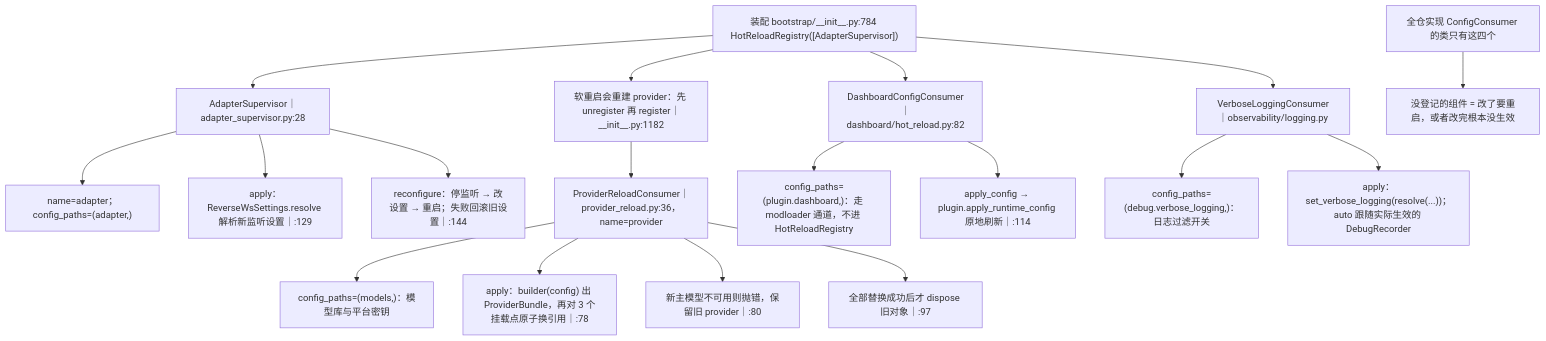
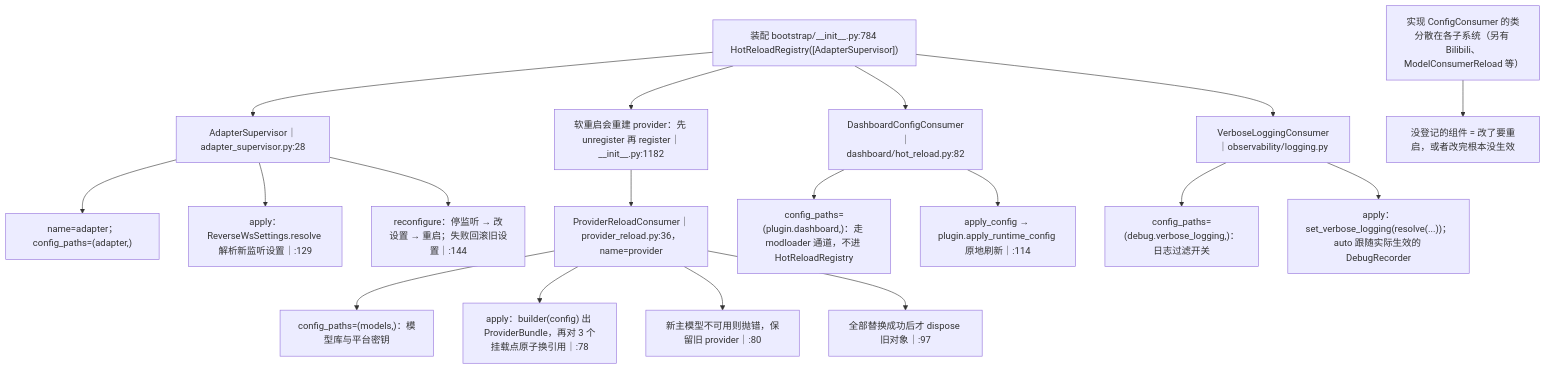
Before and after one commit to SuperQuail/NeoBot: the seventh of 12 diagrams in docs/flow/01b-config-system.md, drawn with Mermaid. The commit also changed 2 other files, not shown here.

Commit message:
test(logging): 清理热重载用例的全局规则并校正流程图引用
- registry 分发用例把规则写进全局分类表，结束后 unregister_rule，避免污染后续用例
- 01b 不再声称全仓只有四个 ConfigConsumer
- 05 的 runtime_events / self-heal sink 行号改为当前定义位置

````diff
--- a/docs/flow/01b-config-system.md
+++ b/docs/flow/01b-config-system.md
@@ -265,20 +265,20 @@
 ```mermaid
 flowchart TD
     A["装配 bootstrap/__init__.py:784 HotReloadRegistry([AdapterSupervisor])"] --> B["AdapterSupervisor｜adapter_supervisor.py:28"]
     B --> B1["name=adapter；config_paths=(adapter,)"]
     B --> B2["apply：ReverseWsSettings.resolve 解析新监听设置｜:129"]
     B --> B3["reconfigure：停监听 → 改设置 → 重启；失败回滚旧设置｜:144"]
     A --> C["软重启会重建 provider：先 unregister 再 register｜__init__.py:1182"]
     C --> D["ProviderReloadConsumer｜provider_reload.py:36，name=provider"]
     D --> D1["config_paths=(models,)：模型库与平台密钥"]
     D --> D2["apply：builder(config) 出 ProviderBundle，再对 3 个挂载点原子换引用｜:78"]
     D --> D3["新主模型不可用则抛错，保留旧 provider｜:80"]
     D --> D4["全部替换成功后才 dispose 旧对象｜:97"]
     A --> E["DashboardConfigConsumer｜dashboard/hot_reload.py:82"]
     E --> E1["config_paths=(plugin.dashboard,)：走 modloader 通道，不进 HotReloadRegistry"]
     E --> E2["apply_config → plugin.apply_runtime_config 原地刷新｜:114"]
     A --> H["VerboseLoggingConsumer｜observability/logging.py"]
     H --> H1["config_paths=(debug.verbose_logging,)：日志过滤开关"]
     H --> H2["apply：set_verbose_logging(resolve(...))；auto 跟随实际生效的 DebugRecorder"]
-    F["全仓实现 ConfigConsumer 的类只有这四个"] --> G["没登记的组件 = 改了要重启，或者改完根本没生效"]
+    F["实现 ConfigConsumer 的类分散在各子系统（另有 Bilibili、ModelConsumerReload 等）"] --> G["没登记的组件 = 改了要重启，或者改完根本没生效"]
 ```
````
